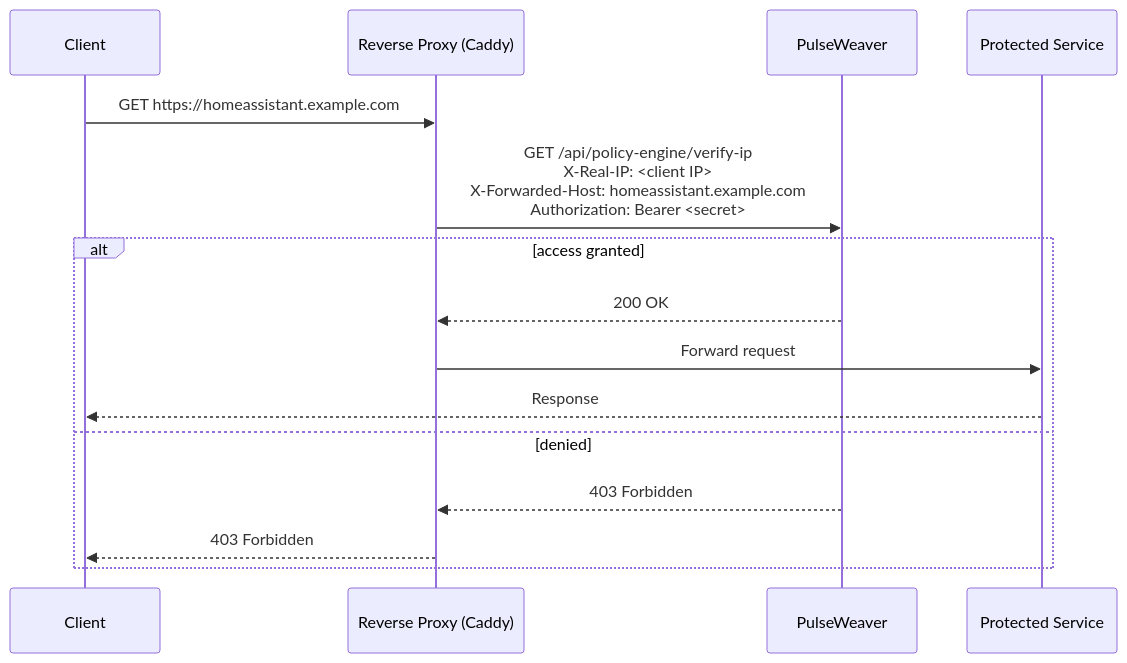
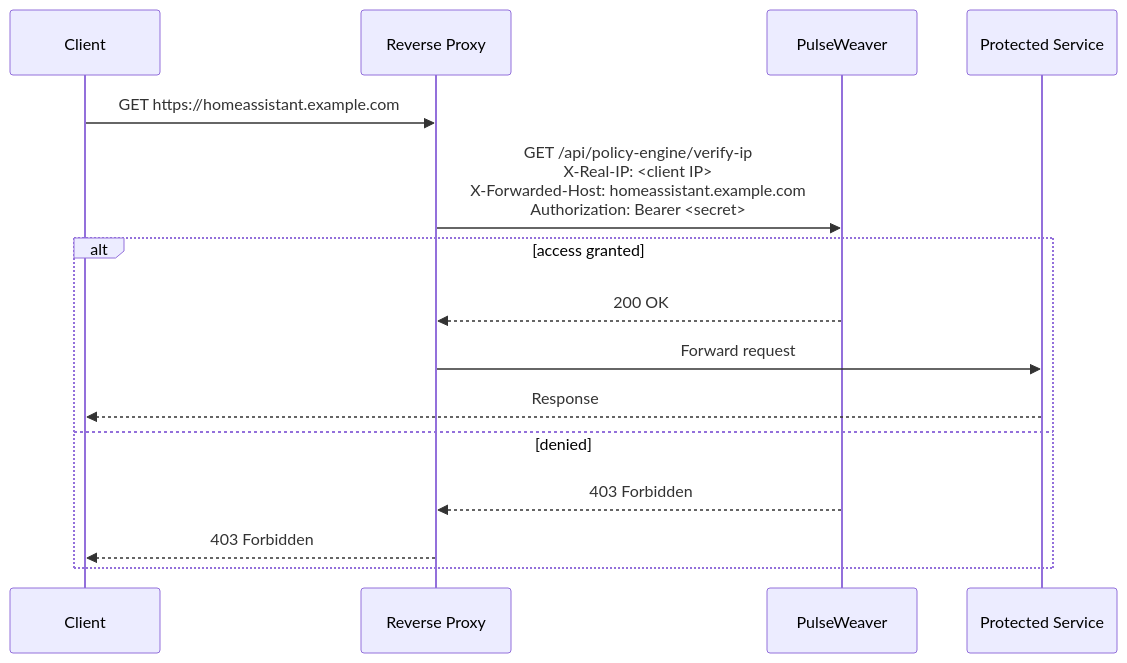
Before and after one commit to DiegoGuidaF/PulseWeaver: the first of 3 diagrams in docs/How-It-Works.md, drawn with Mermaid. The commit also changed other lines of this file and 13 other files, not shown here.

````diff
--- a/docs/How-It-Works.md
+++ b/docs/How-It-Works.md
@@ -7,17 +7,17 @@
 ```mermaid
 sequenceDiagram
     participant C as Client
-    participant P as Reverse Proxy (Caddy)
+    participant P as Reverse Proxy
     participant W as PulseWeaver
     participant S as Protected Service
     C ->> P: GET https://homeassistant.example.com
     P ->> W: GET /api/policy-engine/verify-ip<br/>X-Real-IP: <client IP><br/>X-Forwarded-Host: homeassistant.example.com<br/>Authorization: Bearer <secret>
     alt access granted
         W -->> P: 200 OK
         P ->> S: Forward request
         S -->> C: Response
     else denied
         W -->> P: 403 Forbidden
         P -->> C: 403 Forbidden
     end
 ```
````
